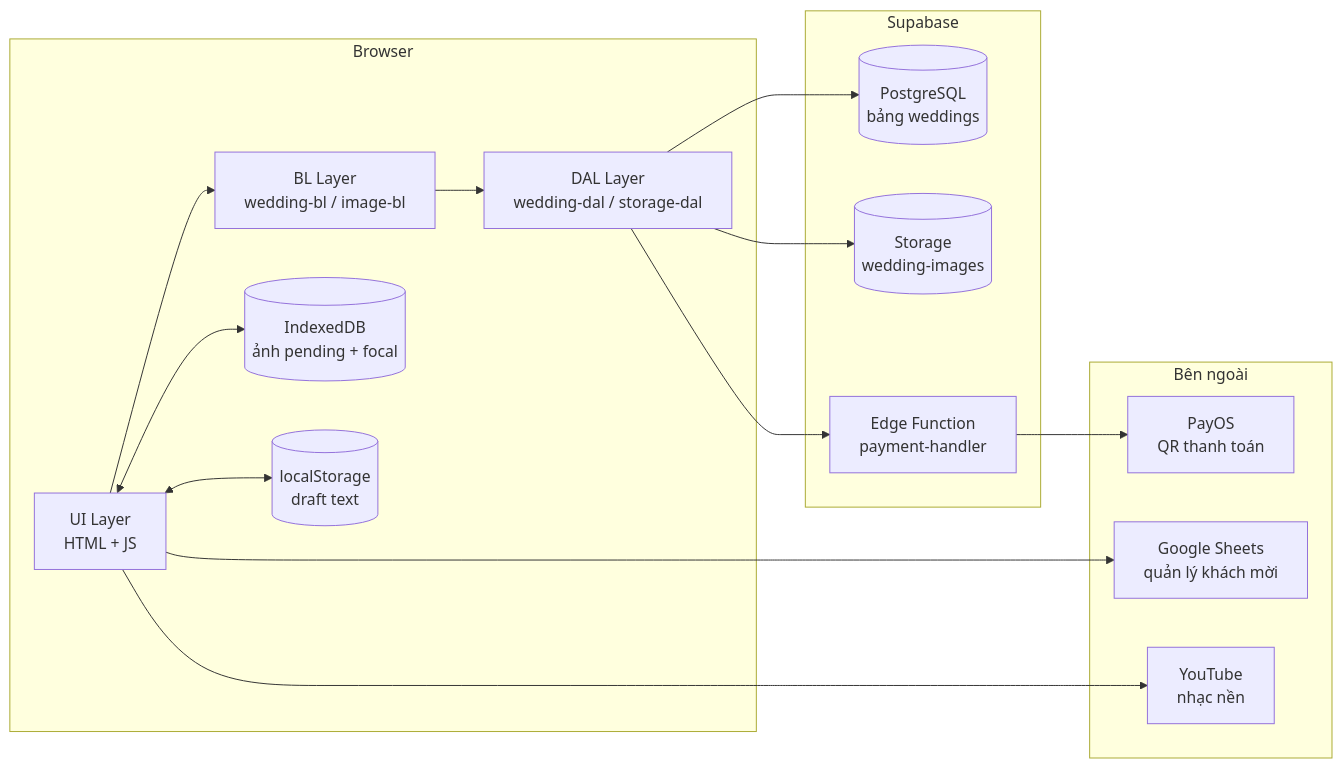
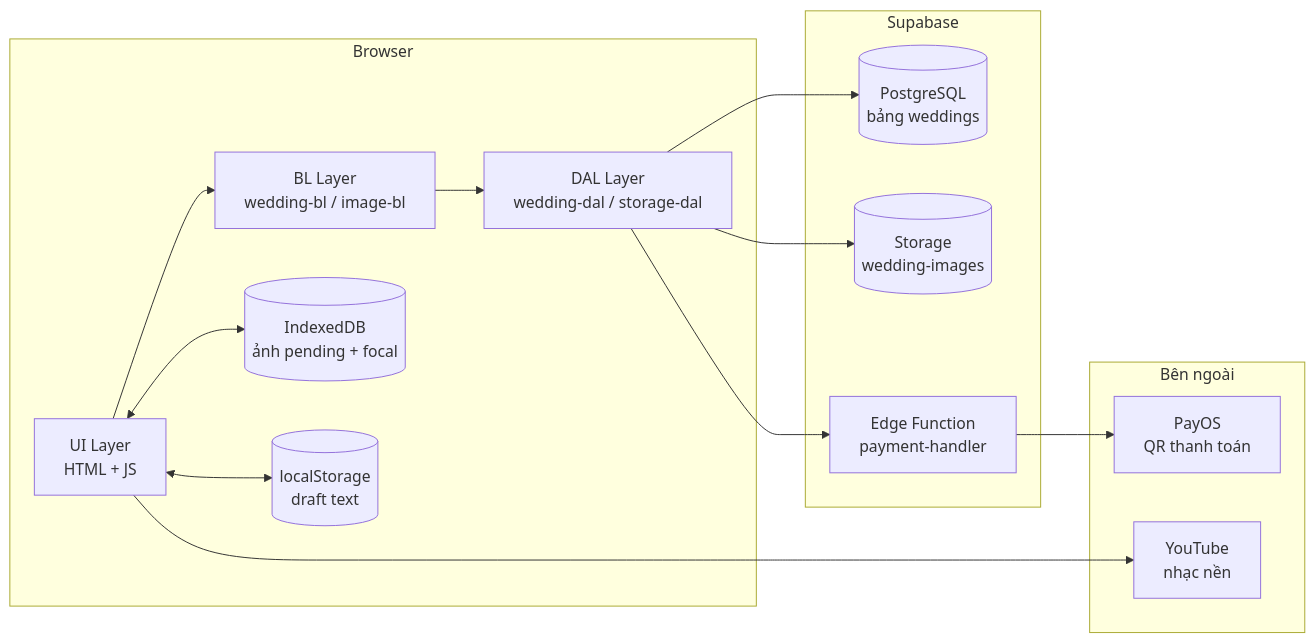
The second of 2 diagrams in documents/overview.md (cuoixinh/cuoixinh.github.io), drawn with Mermaid before and after one commit. The commit also changed other lines of this file and 21 other files, not shown here.

````diff
--- a/documents/overview.md
+++ b/documents/overview.md
@@ -98,32 +98,30 @@
 ```mermaid
 flowchart LR
     subgraph Browser
         UI[UI Layer\nHTML + JS]
         BL[BL Layer\nwedding-bl / image-bl]
         DAL[DAL Layer\nwedding-dal / storage-dal]
         IDB[(IndexedDB\nảnh pending + focal)]
         LS[(localStorage\ndraft text)]
         UI --> BL --> DAL
         UI <--> IDB
         UI <--> LS
     end
 
     subgraph Supabase
         DB[(PostgreSQL\nbảng weddings)]
         ST[(Storage\nwedding-images)]
         EF[Edge Function\npayment-handler]
     end
 
     subgraph Bên ngoài
         PO[PayOS\nQR thanh toán]
-        GS[Google Sheets\nquản lý khách mời]
         YT[YouTube\nnhạc nền]
     end
 
     DAL --> DB
     DAL --> ST
     DAL --> EF
     EF --> PO
-    UI --> GS
     UI --> YT
 ```
````
